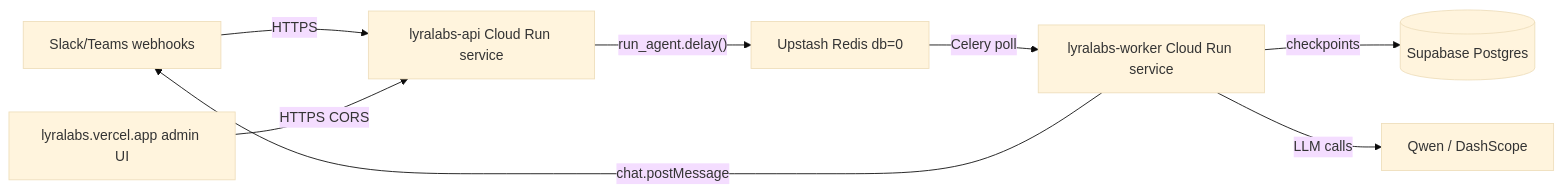
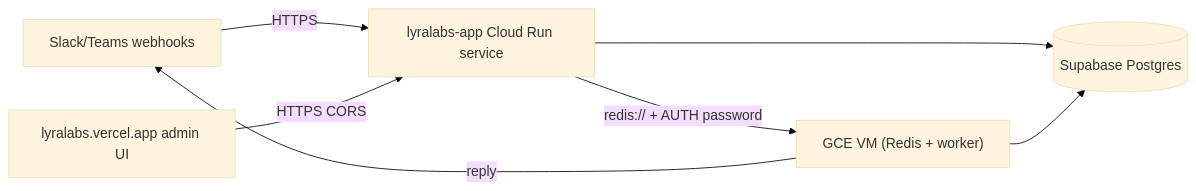
The diagram in infra/cloud-run/README.md (Sahilgul/lyralabs-cleint-app), drawn with Mermaid (base theme) before and after one commit. The commit also changed other lines of this file and 5 other files, not shown here.

````diff
--- a/infra/cloud-run/README.md
+++ b/infra/cloud-run/README.md
@@ -5,10 +16,9 @@
 ```mermaid
 graph LR
-    Slack[Slack/Teams webhooks] -->|HTTPS| API["lyralabs-api Cloud Run service"]
+    Slack[Slack/Teams webhooks] -->|HTTPS| API["lyralabs-app Cloud Run service"]
     Vercel[lyralabs.vercel.app admin UI] -->|HTTPS CORS| API
-    API -->|"run_agent.delay()"| Redis[Upstash Redis db=0]
-    Redis -->|"Celery poll"| Worker["lyralabs-worker Cloud Run service"]
-    Worker -->|checkpoints| PG[(Supabase Postgres)]
-    Worker -->|chat.postMessage| Slack
-    Worker -->|LLM calls| Qwen[Qwen / DashScope]
+    API -->|"redis:// + AUTH password"| VM["GCE VM (Redis + worker)"]
+    VM -->|reply| Slack
+    API --> PG[(Supabase Postgres)]
+    VM --> PG
 ```
````
